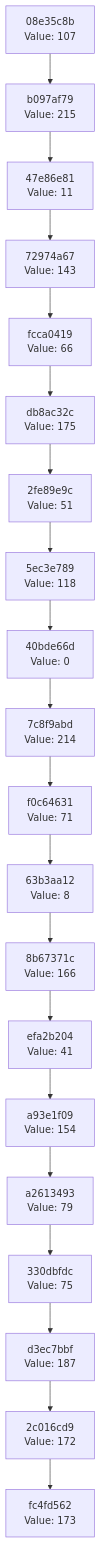
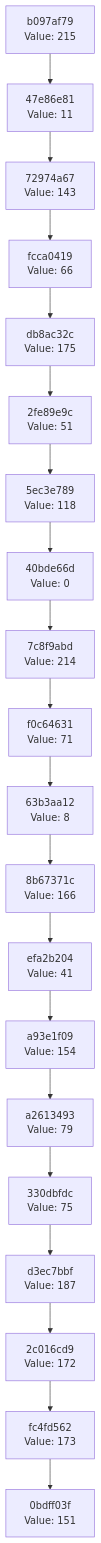
Before and after one commit to Abhisheksinha1506/hash-chain-evolver: the diagram in docs/CHAIN_VISUALIZATION.md, drawn with Mermaid. The commit also changed 1 other file, not shown here.

Commit message:
Evolution step: hash 0x97 → action executed

````diff
--- a/docs/CHAIN_VISUALIZATION.md
+++ b/docs/CHAIN_VISUALIZATION.md
@@ -3,42 +3,42 @@
 ```mermaid
 graph TD
-    C0["fc4fd562<br/>Value: 173"]
-    C1["2c016cd9<br/>Value: 172"]
+    C0["0bdff03f<br/>Value: 151"]
+    C1["fc4fd562<br/>Value: 173"]
     C1 --> C0
-    C2["d3ec7bbf<br/>Value: 187"]
+    C2["2c016cd9<br/>Value: 172"]
     C2 --> C1
-    C3["330dbfdc<br/>Value: 75"]
+    C3["d3ec7bbf<br/>Value: 187"]
     C3 --> C2
-    C4["a2613493<br/>Value: 79"]
+    C4["330dbfdc<br/>Value: 75"]
     C4 --> C3
-    C5["a93e1f09<br/>Value: 154"]
+    C5["a2613493<br/>Value: 79"]
     C5 --> C4
-    C6["efa2b204<br/>Value: 41"]
+    C6["a93e1f09<br/>Value: 154"]
     C6 --> C5
-    C7["8b67371c<br/>Value: 166"]
+    C7["efa2b204<br/>Value: 41"]
     C7 --> C6
-    C8["63b3aa12<br/>Value: 8"]
+    C8["8b67371c<br/>Value: 166"]
     C8 --> C7
-    C9["f0c64631<br/>Value: 71"]
+    C9["63b3aa12<br/>Value: 8"]
     C9 --> C8
-    C10["7c8f9abd<br/>Value: 214"]
+    C10["f0c64631<br/>Value: 71"]
     C10 --> C9
-    C11["40bde66d<br/>Value: 0"]
+    C11["7c8f9abd<br/>Value: 214"]
     C11 --> C10
-    C12["5ec3e789<br/>Value: 118"]
+    C12["40bde66d<br/>Value: 0"]
     C12 --> C11
-    C13["2fe89e9c<br/>Value: 51"]
+    C13["5ec3e789<br/>Value: 118"]
     C13 --> C12
-    C14["db8ac32c<br/>Value: 175"]
+    C14["2fe89e9c<br/>Value: 51"]
     C14 --> C13
-    C15["fcca0419<br/>Value: 66"]
+    C15["db8ac32c<br/>Value: 175"]
     C15 --> C14
-    C16["72974a67<br/>Value: 143"]
+    C16["fcca0419<br/>Value: 66"]
     C16 --> C15
-    C17["47e86e81<br/>Value: 11"]
+    C17["72974a67<br/>Value: 143"]
     C17 --> C16
-    C18["b097af79<br/>Value: 215"]
+    C18["47e86e81<br/>Value: 11"]
     C18 --> C17
-    C19["08e35c8b<br/>Value: 107"]
+    C19["b097af79<br/>Value: 215"]
     C19 --> C18
 ```
````
